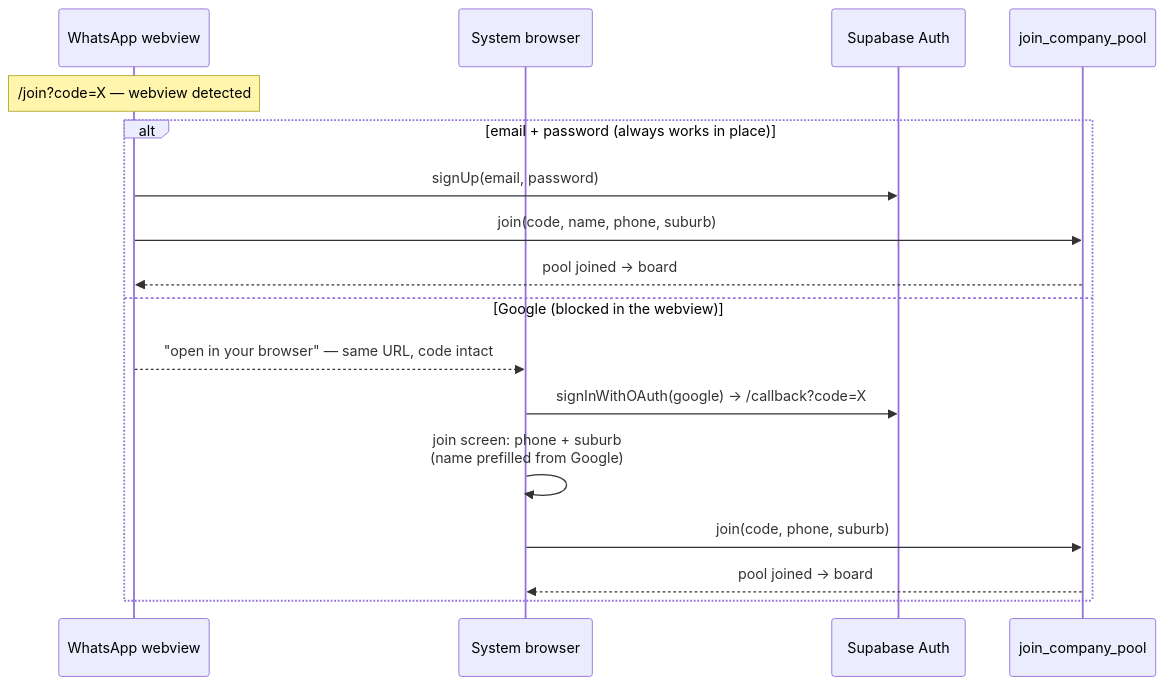
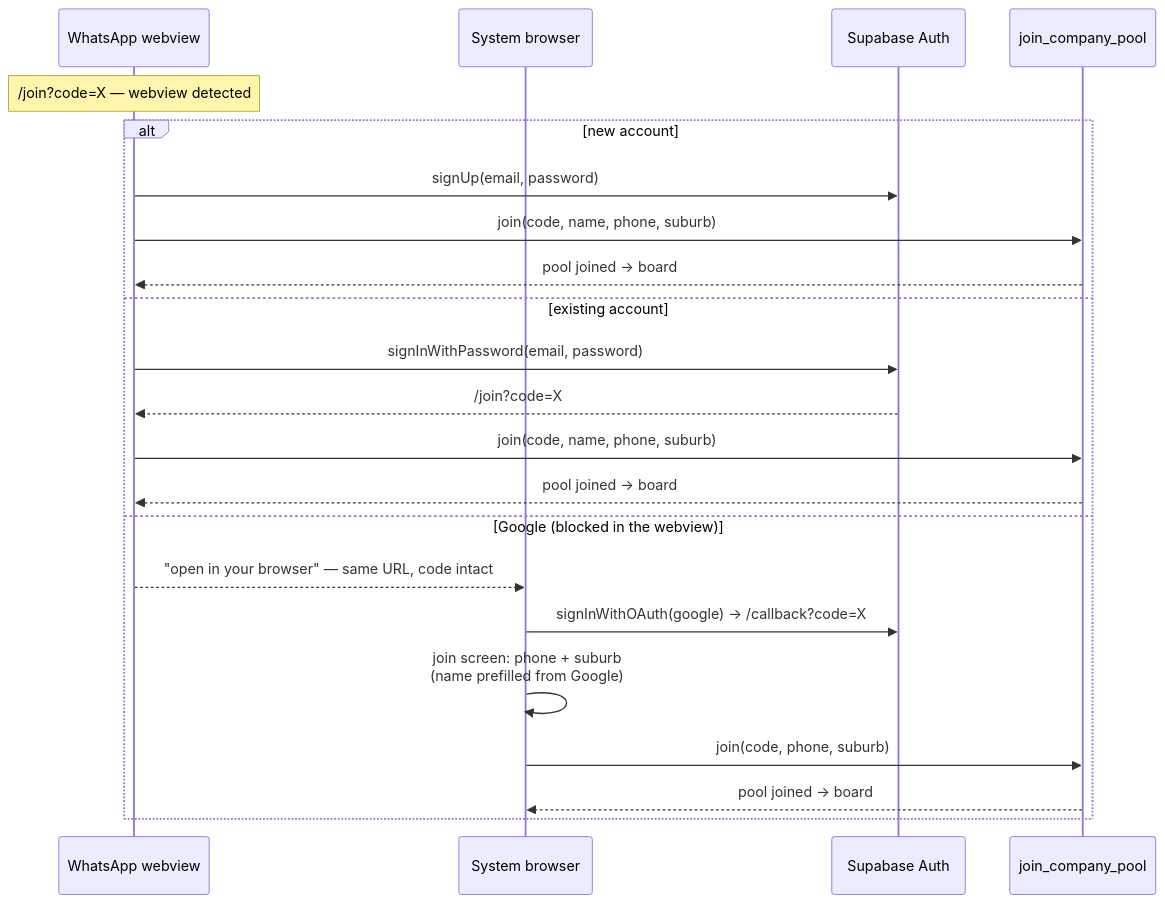
The second of 2 diagrams in docs/design/phase-a-adoption/lld-cleaner.md (lspinheiro/clean_app_crm), drawn with Mermaid before and after one commit. The commit also changed other lines of this file and 10 other files, not shown here.

Commit message:
fix(cleaner): let existing accounts accept pool invites

````diff
--- a/docs/design/phase-a-adoption/lld-cleaner.md
+++ b/docs/design/phase-a-adoption/lld-cleaner.md
@@ -113,19 +120,24 @@
 ```mermaid
 sequenceDiagram
     participant W as WhatsApp webview
     participant SYS as System browser
     participant SB as Supabase Auth
     participant DB as join_company_pool
     Note over W: /join?code=X — webview detected
-    alt email + password (always works in place)
+    alt new account
         W->>SB: signUp(email, password)
+        W->>DB: join(code, name, phone, suburb)
+        DB-->>W: pool joined → board
+    else existing account
+        W->>SB: signInWithPassword(email, password)
+        SB-->>W: /join?code=X
         W->>DB: join(code, name, phone, suburb)
         DB-->>W: pool joined → board
     else Google (blocked in the webview)
         W-->>SYS: "open in your browser" — same URL, code intact
         SYS->>SB: signInWithOAuth(google) → /callback?code=X
         SYS->>SYS: join screen: phone + suburb<br/>(name prefilled from Google)
         SYS->>DB: join(code, phone, suburb)
         DB-->>SYS: pool joined → board
     end
 ```
````
